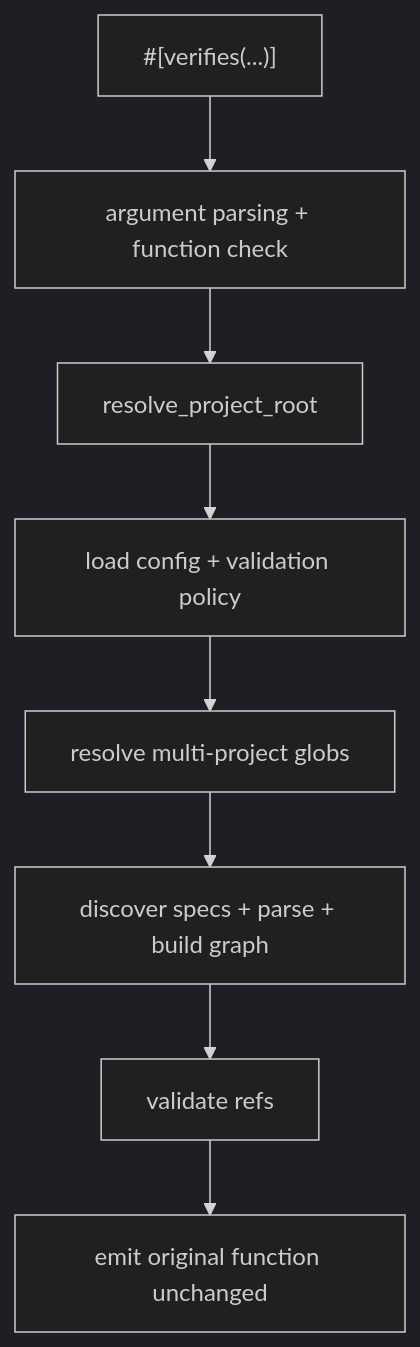
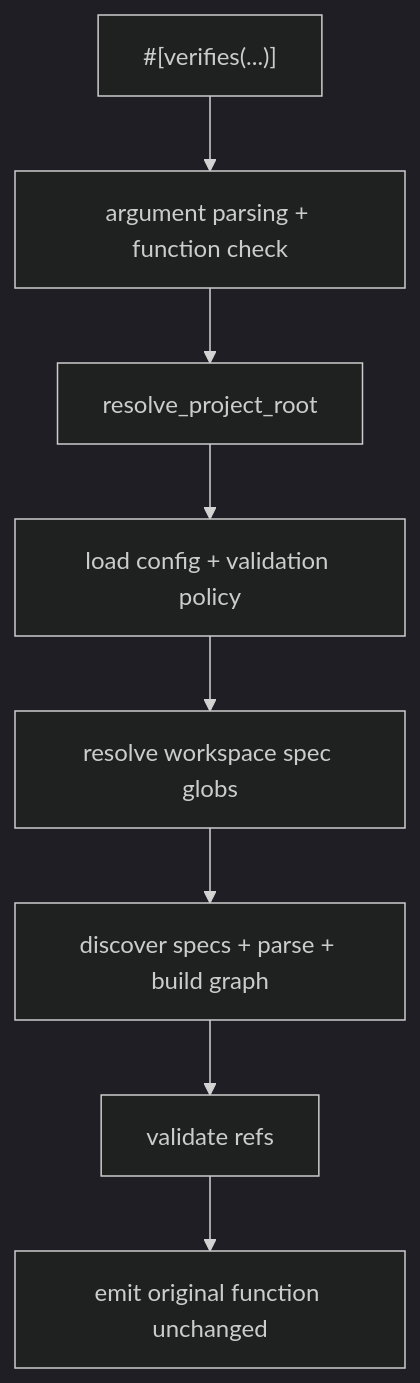
Before and after one commit to jonisavo/supersigil: the diagram in crates/supersigil-rust-macros/specs/verifies-macro/verifies-macro.design.mdx, drawn with Mermaid (dark theme). The commit also changed other lines of this file and 6 other files, not shown here.

Commit message:
fix(rust): do not scope `validates` inputs to single project

````diff
--- a/crates/supersigil-rust-macros/specs/verifies-macro/verifies-macro.design.mdx
+++ b/crates/supersigil-rust-macros/specs/verifies-macro/verifies-macro.design.mdx
@@ -23,19 +23,19 @@
 ```mermaid
 graph TD
     ATTR["#[verifies(...)]"]
     PARSE["argument parsing + function check"]
     ROOT["resolve_project_root"]
     CFG["load config + validation policy"]
-    SCOPE["resolve multi-project globs"]
+    SCOPE["resolve workspace spec globs"]
     GRAPH["discover specs + parse + build graph"]
     VALID["validate refs"]
     EMIT["emit original function unchanged"]
 
     ATTR --> PARSE
     PARSE --> ROOT
     ROOT --> CFG
     CFG --> SCOPE
     SCOPE --> GRAPH
     GRAPH --> VALID
     VALID --> EMIT
 ```
````
